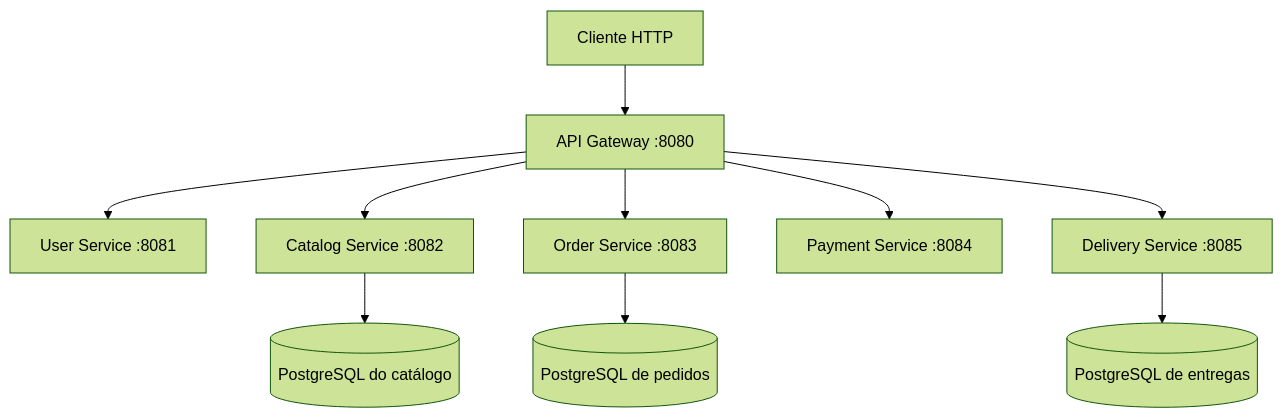
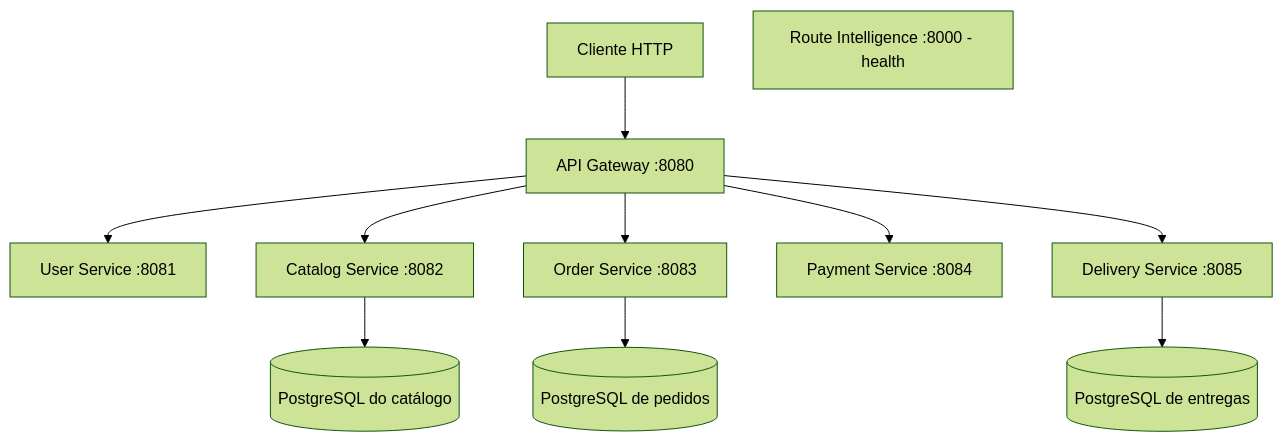
The first of 2 diagrams in docs/architecture.md (victhor-santos/ai-delivery-platform), drawn with Mermaid (forest theme) before and after one commit. The commit also changed other lines of this file and 16 other files, not shown here.

First line of the commit message:
feat: add route intelligence service foundation (#14)

````diff
--- a/docs/architecture.md
+++ b/docs/architecture.md
@@ -9,12 +11,13 @@
 ```mermaid
 flowchart TD
     Client[Cliente HTTP] --> Gateway[API Gateway :8080]
     Gateway --> Users[User Service :8081]
     Gateway --> Catalog[Catalog Service :8082]
     Gateway --> Orders[Order Service :8083]
     Gateway --> Payments[Payment Service :8084]
     Gateway --> Deliveries[Delivery Service :8085]
     Catalog --> CatalogDB[(PostgreSQL do catálogo)]
     Orders --> OrderDB[(PostgreSQL de pedidos)]
     Deliveries --> DeliveryDB[(PostgreSQL de entregas)]
+    Routes[Route Intelligence :8000 - health]
 ```
````
